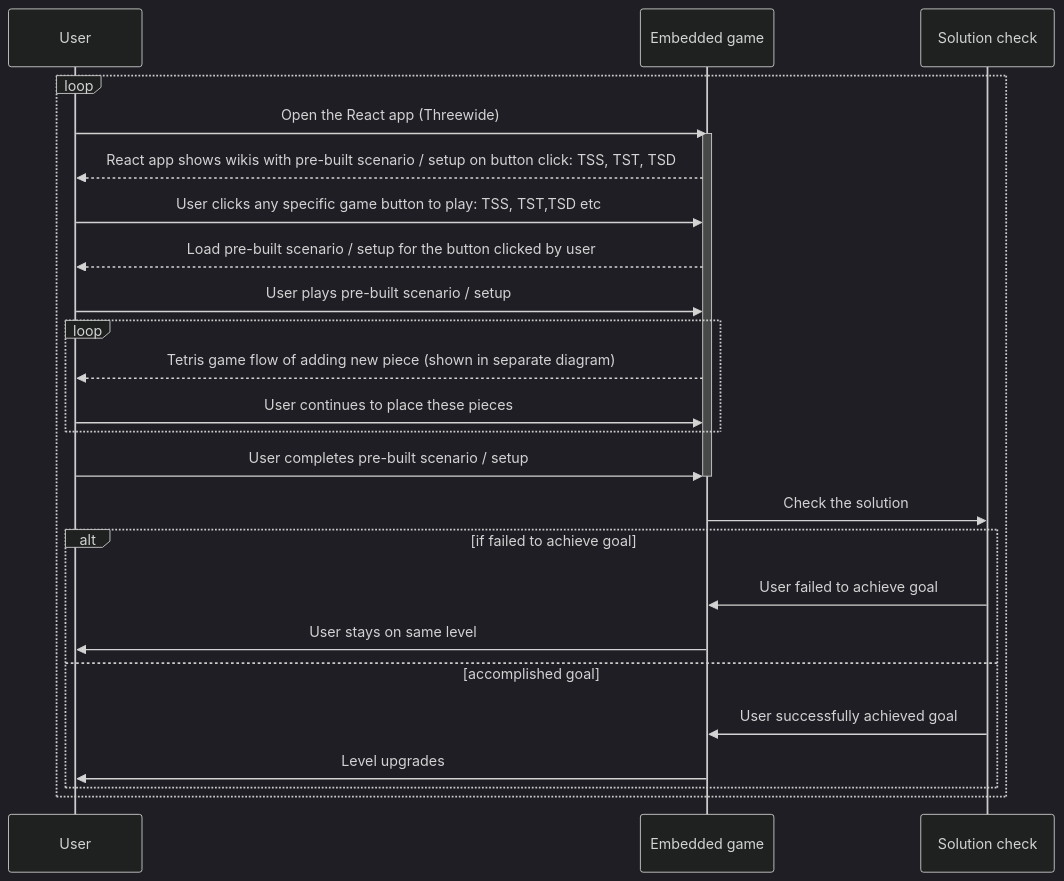
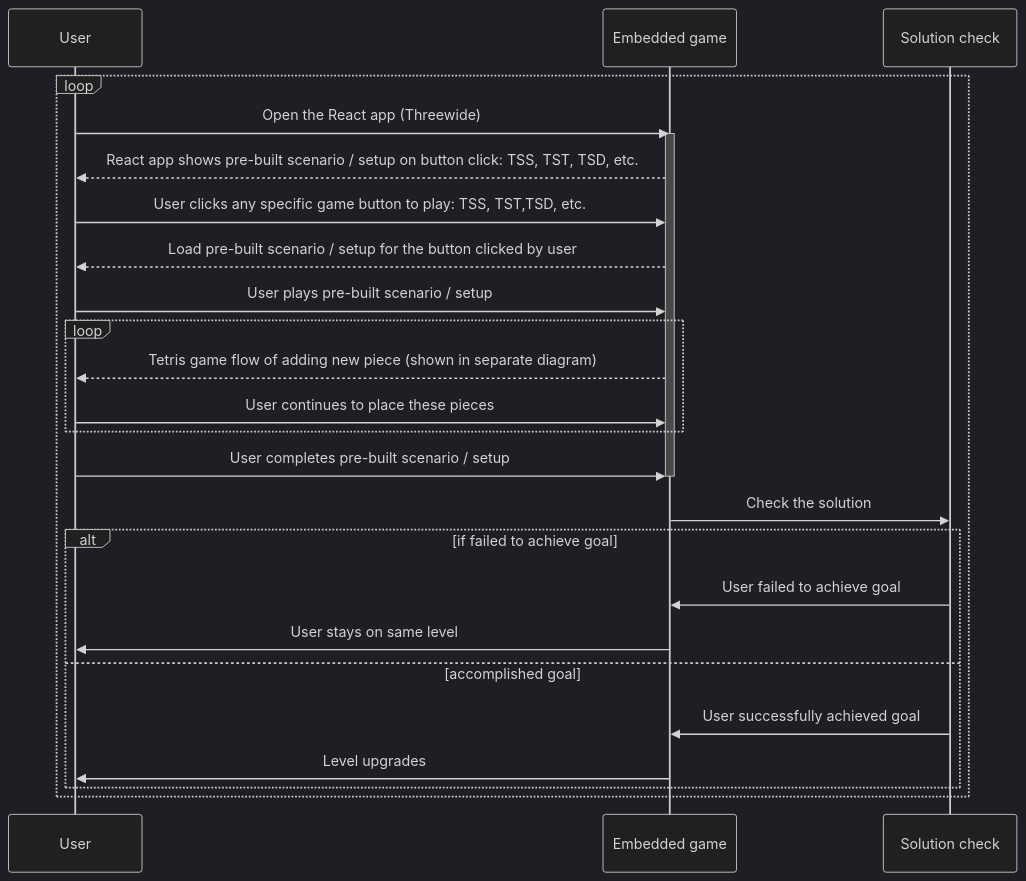
Before and after one commit to teamcrusher/threewide: the diagram in Diagrams/Sequence_Diagram.md, drawn with Mermaid (dark theme).

Commit message:
rm wiki reference

````diff
--- a/Diagrams/Sequence_Diagram.md
+++ b/Diagrams/Sequence_Diagram.md
@@ -3,34 +3,34 @@
 ```mermaid
 sequenceDiagram
     participant User
     participant Embedded game
     participant Solution check
 
     loop 
         User->>Embedded game : Open the React app (Threewide)
         activate Embedded game
 
-        Embedded game-->> User : React app shows wikis with pre-built scenario / setup on button click: TSS, TST, TSD
-        User->>Embedded game : User clicks any specific game button to play: TSS, TST,TSD etc
+        Embedded game-->> User : React app shows pre-built scenario / setup on button click: TSS, TST, TSD, etc.
+        User->>Embedded game : User clicks any specific game button to play: TSS, TST,TSD, etc.
         Embedded game -->> User : Load pre-built scenario / setup for the button clicked by user
         User ->> Embedded game : User plays pre-built scenario / setup
 
         loop
         Embedded game -->> User : Tetris game flow of adding new piece (shown in separate diagram)
         User ->> Embedded game : User continues to place these pieces
         end
         
         User->>Embedded game : User completes pre-built scenario / setup
         deactivate Embedded game
 
         Embedded game ->> Solution check : Check the solution
 
         alt  if failed to achieve goal
             Solution check ->> Embedded game : User failed to achieve goal
             Embedded game ->> User : User stays on same level
         else   accomplished goal
             Solution check->> Embedded game : User successfully achieved goal
             Embedded game ->> User: Level upgrades
         end
     end 
 ```
````
